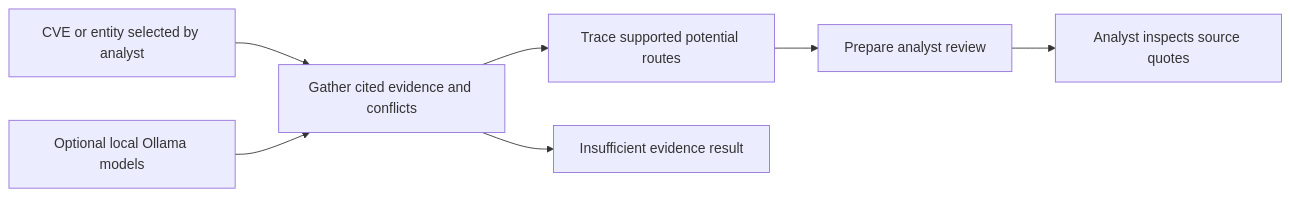
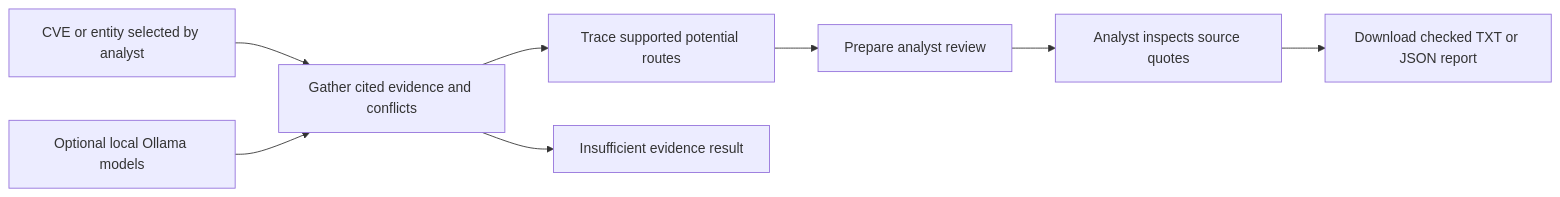
The third of 6 diagrams in interactive_knowledge_base_architecture_phase1_phase2_v2.md (SYNTHOS7/Nosleep), drawn with Mermaid before and after one commit. The commit also changed other lines of this file and 16 other files, not shown here.

````diff
--- a/interactive_knowledge_base_architecture_phase1_phase2_v2.md
+++ b/interactive_knowledge_base_architecture_phase1_phase2_v2.md
@@ -63,16 +63,18 @@
 ```mermaid
 flowchart LR
     entity["CVE or entity selected by analyst"]
     gather["Gather cited evidence and conflicts"]
     trace["Trace supported potential routes"]
     review["Prepare analyst review"]
     empty["Insufficient evidence result"]
     human["Analyst inspects source quotes"]
     model["Optional local Ollama models"]
+    report["Download checked TXT or JSON report"]
     entity --> gather
     gather --> trace
     trace --> review
     gather --> empty
     review --> human
     model --> gather
+    human --> report
 ```
````
